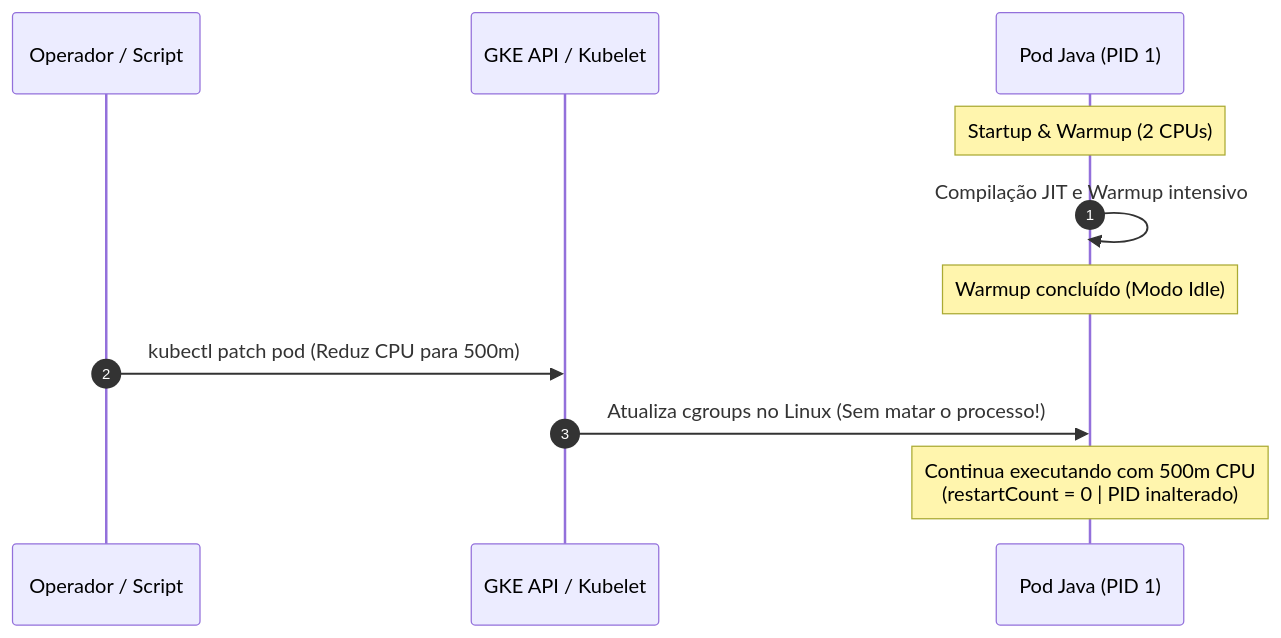
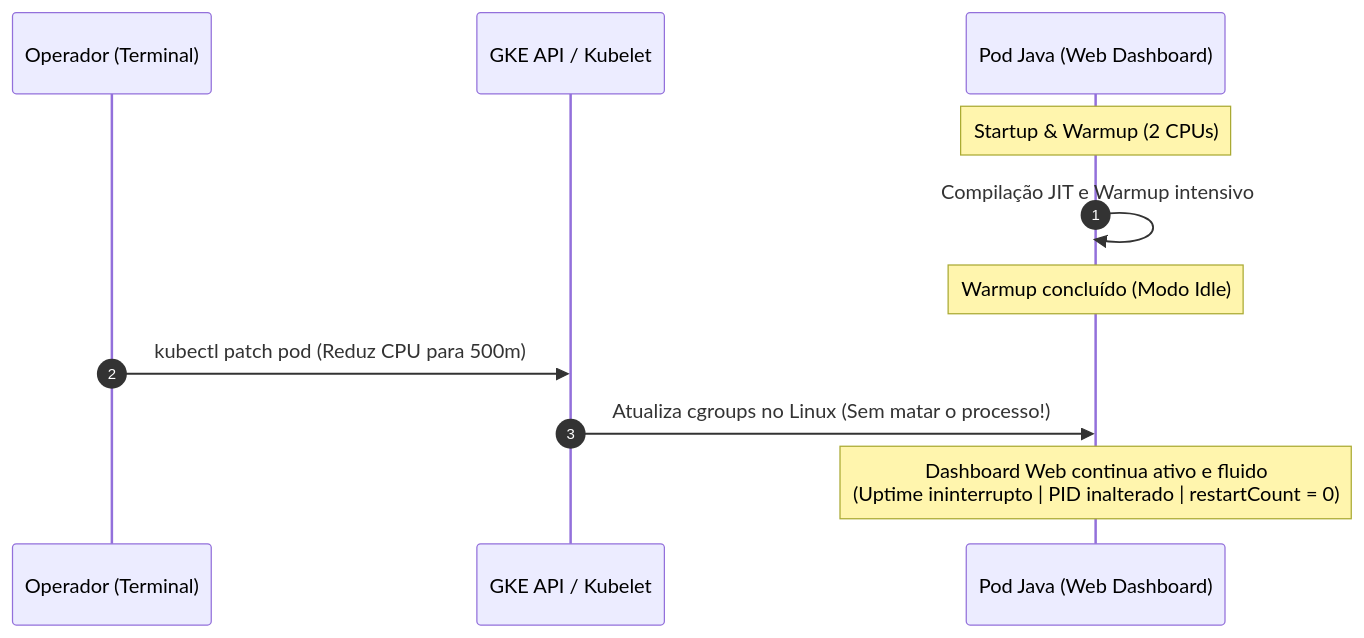
Before and after one commit to gustavomlapa/gke-feature-demos: the diagram in demos/in_place_pod_resize/README.md, drawn with Mermaid. The commit also changed other lines of this file and 3 other files, not shown here.

Commit message:
feat(demo/resize): add live Web UI dashboard and open-dashboard script

````diff
--- a/demos/in_place_pod_resize/README.md
+++ b/demos/in_place_pod_resize/README.md
@@ -28,14 +28,14 @@
 ```mermaid
 sequenceDiagram
     autonumber
-    participant Dev as Operador / Script
+    participant Dev as Operador (Terminal)
     participant K8s as GKE API / Kubelet
-    participant Pod as Pod Java (PID 1)
+    participant Pod as Pod Java (Web Dashboard)
     
     Note over Pod: Startup & Warmup (2 CPUs)
     Pod->>Pod: Compilação JIT e Warmup intensivo
     Note over Pod: Warmup concluído (Modo Idle)
     Dev->>K8s: kubectl patch pod (Reduz CPU para 500m)
     K8s->>Pod: Atualiza cgroups no Linux (Sem matar o processo!)
-    Note over Pod: Continua executando com 500m CPU<br/>(restartCount = 0 | PID inalterado)
+    Note over Pod: Dashboard Web continua ativo e fluido<br/>(Uptime ininterrupto | PID inalterado | restartCount = 0)
 ```
````
